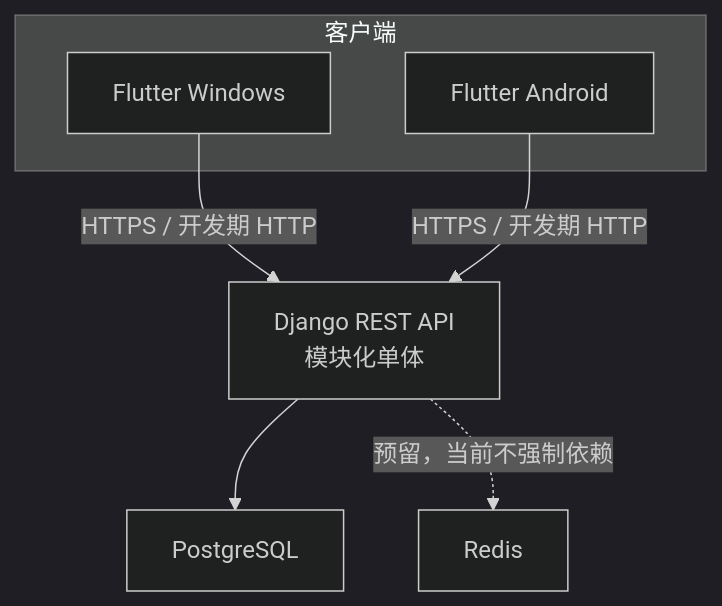
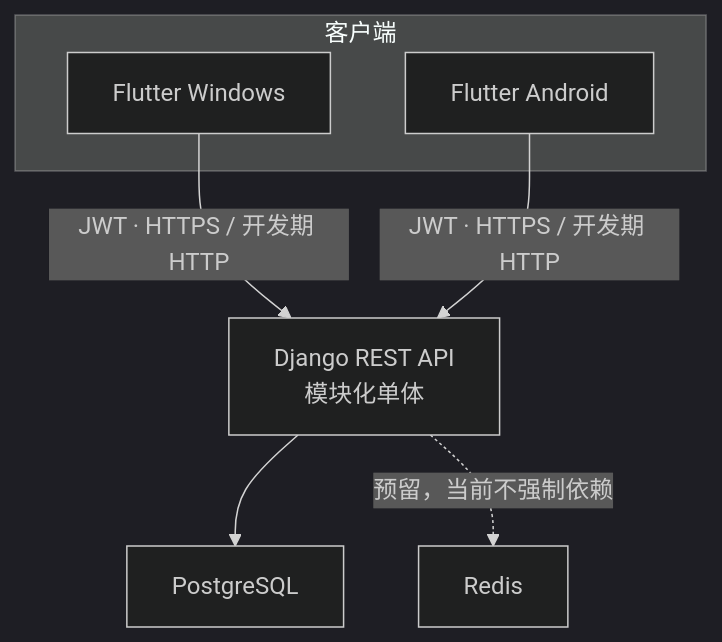
One commit to qu347/yuangong changed the diagram in docs/architecture.md. Above: the diagram before and after it, drawn with Mermaid (dark theme). The commit also changed other lines of this file and 8 other files, not shown here.

````diff
--- a/docs/architecture.md
+++ b/docs/architecture.md
@@ -3,11 +3,11 @@
 ```mermaid
 flowchart TB
     subgraph Clients["客户端"]
         W["Flutter Windows"]
         A["Flutter Android"]
     end
-    W -->|"HTTPS / 开发期 HTTP"| API["Django REST API\n模块化单体"]
-    A -->|"HTTPS / 开发期 HTTP"| API
+    W -->|"JWT · HTTPS / 开发期 HTTP"| API["Django REST API\n模块化单体"]
+    A -->|"JWT · HTTPS / 开发期 HTTP"| API
     API --> PG["PostgreSQL"]
     API -. "预留，当前不强制依赖" .-> R["Redis"]
 ```
````
